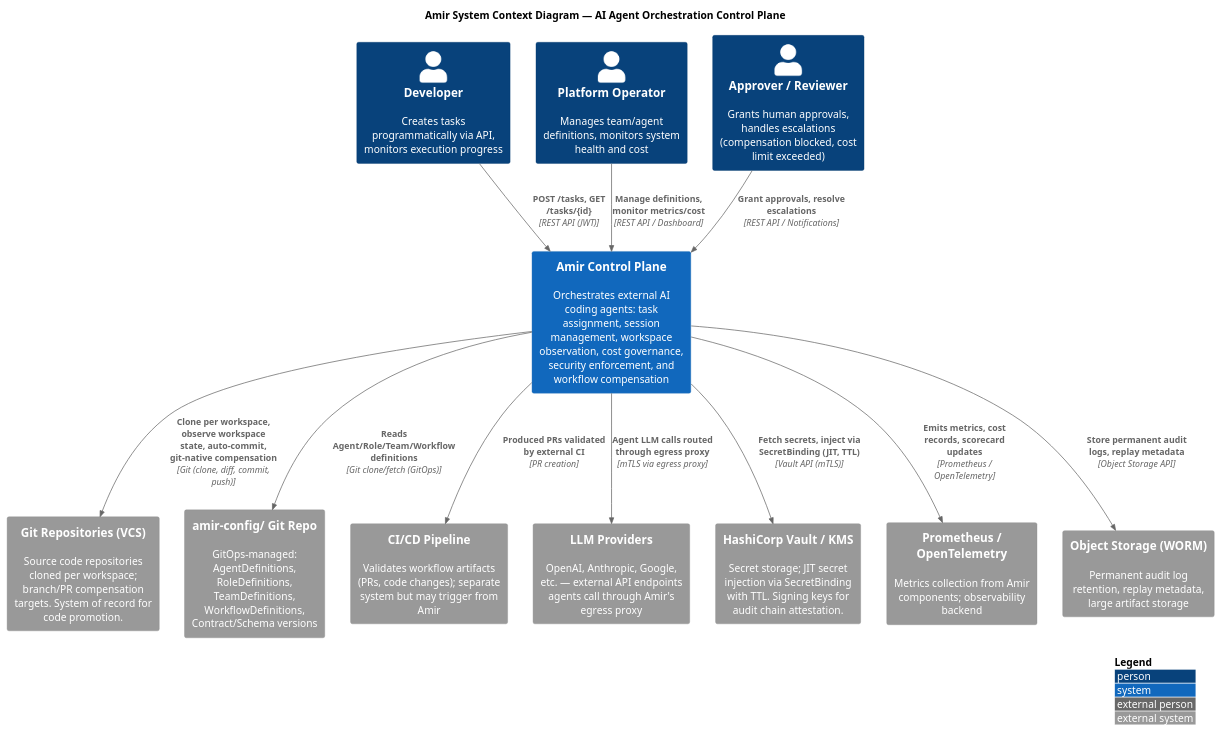
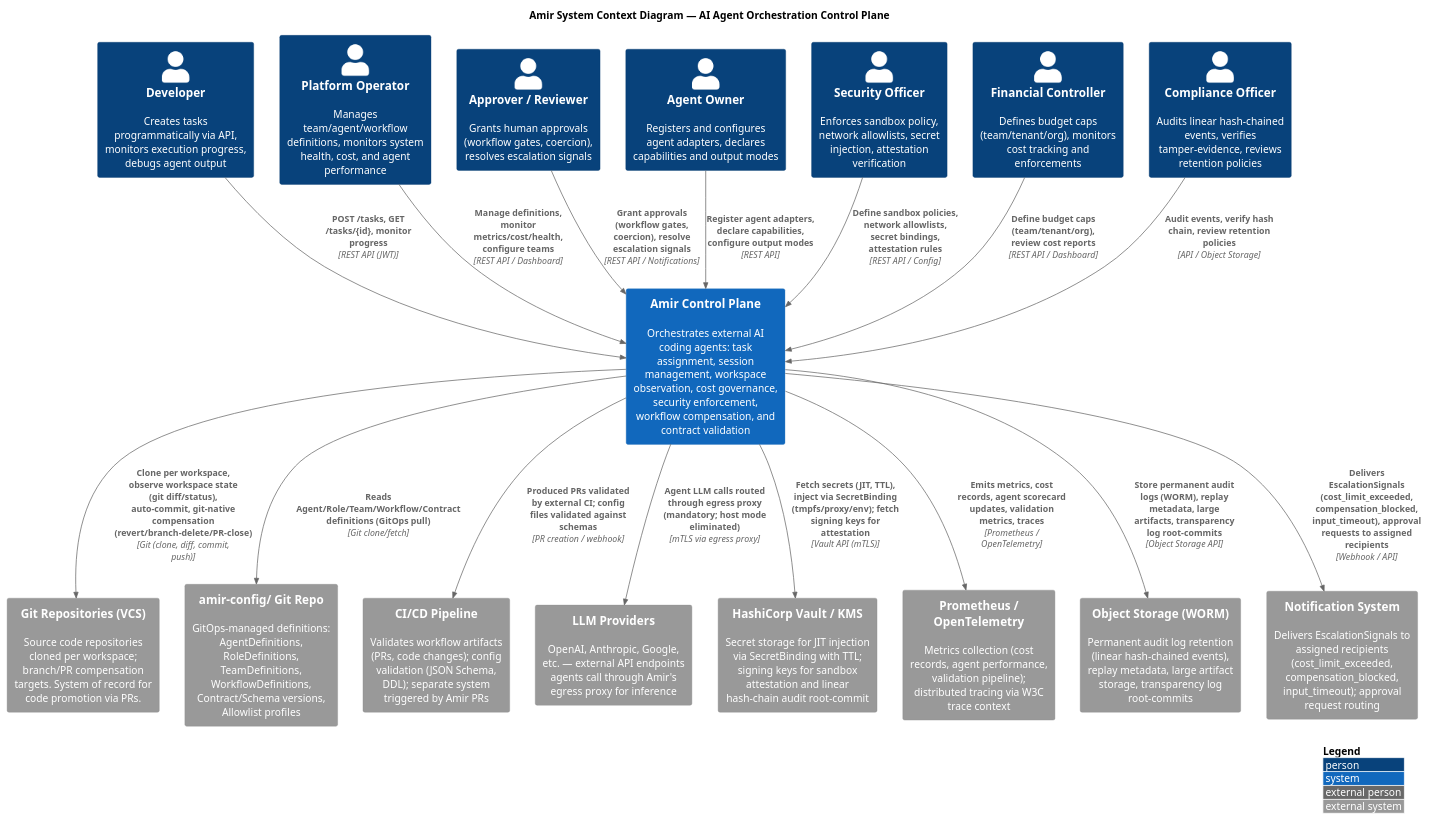
One commit to salimnamvar/amir changed the diagram in docs/c4-model/context-diagram.puml. Above: the diagram before and after it, drawn with PlantUML.

Commit message:
feat(diagram): enrich context diagram with full actor and external system coverage
- Expand actors from 3 to 7 (add Agent Owner, Security Officer,
  Financial Controller, Compliance Officer) aligned with story roles
- Add Notification System for EscalationSignal delivery
- Refine all descriptions with specification details (egress proxy
  mandate, JIT secrets, git-native compensation, transparency log)
- Organize diagram with section comments for actors, system, and
  external systems

```diff
--- a/docs/c4-model/context-diagram.puml
+++ b/docs/c4-model/context-diagram.puml
@@ -1,35 +1,65 @@
 @startuml Amir-System-Context
 !include https://raw.githubusercontent.com/plantuml-stdlib/C4-PlantUML/master/C4_Context.puml
 
 LAYOUT_WITH_LEGEND()
 
 title Amir System Context Diagram — AI Agent Orchestration Control Plane
 
-Person(developer, "Developer", "Creates tasks programmatically via API, monitors execution progress")
-Person(platform_operator, "Platform Operator", "Manages team/agent definitions, monitors system health and cost")
-Person(approver, "Approver / Reviewer", "Grants human approvals, handles escalations (compensation blocked, cost limit exceeded)")
+' ──────────────────────────────────────────────────────────────────
+' ACTORS
+' ──────────────────────────────────────────────────────────────────
 
-System(amir, "Amir Control Plane", "Orchestrates external AI coding agents: task assignment, session management, workspace observation, cost governance, security enforcement, and workflow compensation")
+Person(developer, "Developer", "Creates tasks programmatically via API, monitors execution progress, debugs agent output")
+Person(platform_operator, "Platform Operator", "Manages team/agent/workflow definitions, monitors system health, cost, and agent performance")
+Person(approver, "Approver / Reviewer", "Grants human approvals (workflow gates, coercion), resolves escalation signals")
+Person(agent_owner, "Agent Owner", "Registers and configures agent adapters, declares capabilities and output modes")
+Person(security_officer, "Security Officer", "Enforces sandbox policy, network allowlists, secret injection, attestation verification")
+Person(financial_controller, "Financial Controller", "Defines budget caps (team/tenant/org), monitors cost tracking and enforcements")
+Person(compliance_officer, "Compliance Officer", "Audits linear hash-chained events, verifies tamper-evidence, reviews retention policies")
 
-System_Ext(git_repos, "Git Repositories (VCS)", "Source code repositories cloned per workspace; branch/PR compensation targets. System of record for code promotion.")
-System_Ext(git_config, "amir-config/ Git Repo", "GitOps-managed: AgentDefinitions, RoleDefinitions, TeamDefinitions, WorkflowDefinitions, Contract/Schema versions")
-System_Ext(ci_cd, "CI/CD Pipeline", "Validates workflow artifacts (PRs, code changes); separate system but may trigger from Amir")
-System_Ext(llm_providers, "LLM Providers", "OpenAI, Anthropic, Google, etc. — external API endpoints agents call through Amir's egress proxy")
-System_Ext(vault, "HashiCorp Vault / KMS", "Secret storage; JIT secret injection via SecretBinding with TTL. Signing keys for audit chain attestation.")
-System_Ext(prometheus, "Prometheus / OpenTelemetry", "Metrics collection from Amir components; observability backend")
-System_Ext(object_storage, "Object Storage (WORM)", "Permanent audit log retention, replay metadata, large artifact storage")
+' ──────────────────────────────────────────────────────────────────
+' AMIR SYSTEM
+' ──────────────────────────────────────────────────────────────────
 
-Rel(developer, amir, "POST /tasks, GET /tasks/{id}", "REST API (JWT)")
-Rel(platform_operator, amir, "Manage definitions, monitor metrics/cost", "REST API / Dashboard")
-Rel(approver, amir, "Grant approvals, resolve escalations", "REST API / Notifications")
+System(amir, "Amir Control Plane", "Orchestrates external AI coding agents: task assignment, session management, workspace observation, cost governance, security enforcement, workflow compensation, and contract validation")
 
-Rel(amir, git_config, "Reads Agent/Role/Team/Workflow definitions", "Git clone/fetch (GitOps)")
-Rel(amir, git_repos, "Clone per workspace, observe workspace state, auto-commit, git-native compensation", "Git (clone, diff, commit, push)")
-Rel(amir, ci_cd, "Produced PRs validated by external CI", "PR creation")
+' ──────────────────────────────────────────────────────────────────
+' EXTERNAL SYSTEMS
+' ──────────────────────────────────────────────────────────────────
 
-Rel(amir, llm_providers, "Agent LLM calls routed through egress proxy", "mTLS via egress proxy")
-Rel(amir, vault, "Fetch secrets, inject via SecretBinding (JIT, TTL)", "Vault API (mTLS)")
-Rel(amir, prometheus, "Emits metrics, cost records, scorecard updates", "Prometheus / OpenTelemetry")
-Rel(amir, object_storage, "Store permanent audit logs, replay metadata", "Object Storage API")
+System_Ext(git_repos, "Git Repositories (VCS)", "Source code repositories cloned per workspace; branch/PR compensation targets. System of record for code promotion via PRs.")
+System_Ext(git_config, "amir-config/ Git Repo", "GitOps-managed definitions: AgentDefinitions, RoleDefinitions, TeamDefinitions, WorkflowDefinitions, Contract/Schema versions, Allowlist profiles")
+System_Ext(ci_cd, "CI/CD Pipeline", "Validates workflow artifacts (PRs, code changes); config validation (JSON Schema, DDL); separate system triggered by Amir PRs")
+System_Ext(llm_providers, "LLM Providers", "OpenAI, Anthropic, Google, etc. — external API endpoints agents call through Amir's egress proxy for inference")
+System_Ext(vault, "HashiCorp Vault / KMS", "Secret storage for JIT injection via SecretBinding with TTL; signing keys for sandbox attestation and linear hash-chain audit root-commit")
+System_Ext(prometheus, "Prometheus / OpenTelemetry", "Metrics collection (cost records, agent performance, validation pipeline); distributed tracing via W3C trace context")
+System_Ext(object_storage, "Object Storage (WORM)", "Permanent audit log retention (linear hash-chained events), replay metadata, large artifact storage, transparency log root-commits")
+System_Ext(notification_system, "Notification System", "Delivers EscalationSignals to assigned recipients (cost_limit_exceeded, compensation_blocked, input_timeout); approval request routing")
+
+' ──────────────────────────────────────────────────────────────────
+' RELATIONSHIPS — ACTORS → AMIR
+' ──────────────────────────────────────────────────────────────────
+
+Rel(developer, amir, "POST /tasks, GET /tasks/{id}, monitor progress", "REST API (JWT)")
+Rel(platform_operator, amir, "Manage definitions, monitor metrics/cost/health, configure teams", "REST API / Dashboard")
+Rel(approver, amir, "Grant approvals (workflow gates, coercion), resolve escalation signals", "REST API / Notifications")
+Rel(agent_owner, amir, "Register agent adapters, declare capabilities, configure output modes", "REST API")
+Rel(security_officer, amir, "Define sandbox policies, network allowlists, secret bindings, attestation rules", "REST API / Config")
+Rel(financial_controller, amir, "Define budget caps (team/tenant/org), review cost reports", "REST API / Dashboard")
+Rel(compliance_officer, amir, "Audit events, verify hash chain, review retention policies", "API / Object Storage")
+
+' ──────────────────────────────────────────────────────────────────
+' RELATIONSHIPS — AMIR → EXTERNAL SYSTEMS
+' ──────────────────────────────────────────────────────────────────
+
+Rel(amir, git_config, "Reads Agent/Role/Team/Workflow/Contract definitions (GitOps pull)", "Git clone/fetch")
+Rel(amir, git_repos, "Clone per workspace, observe workspace state (git diff/status), auto-commit, git-native compensation (revert/branch-delete/PR-close)", "Git (clone, diff, commit, push)")
+Rel(amir, ci_cd, "Produced PRs validated by external CI; config files validated against schemas", "PR creation / webhook")
+
+Rel(amir, llm_providers, "Agent LLM calls routed through egress proxy (mandatory; host mode eliminated)", "mTLS via egress proxy")
+Rel(amir, vault, "Fetch secrets (JIT, TTL), inject via SecretBinding (tmpfs/proxy/env); fetch signing keys for attestation", "Vault API (mTLS)")
+Rel(amir, prometheus, "Emits metrics, cost records, agent scorecard updates, validation metrics, traces", "Prometheus / OpenTelemetry")
+Rel(amir, object_storage, "Store permanent audit logs (WORM), replay metadata, large artifacts, transparency log root-commits", "Object Storage API")
+Rel(amir, notification_system, "Delivers EscalationSignals (cost_limit_exceeded, compensation_blocked, input_timeout), approval requests to assigned recipients", "Webhook / API")
 
 @enduml
```
